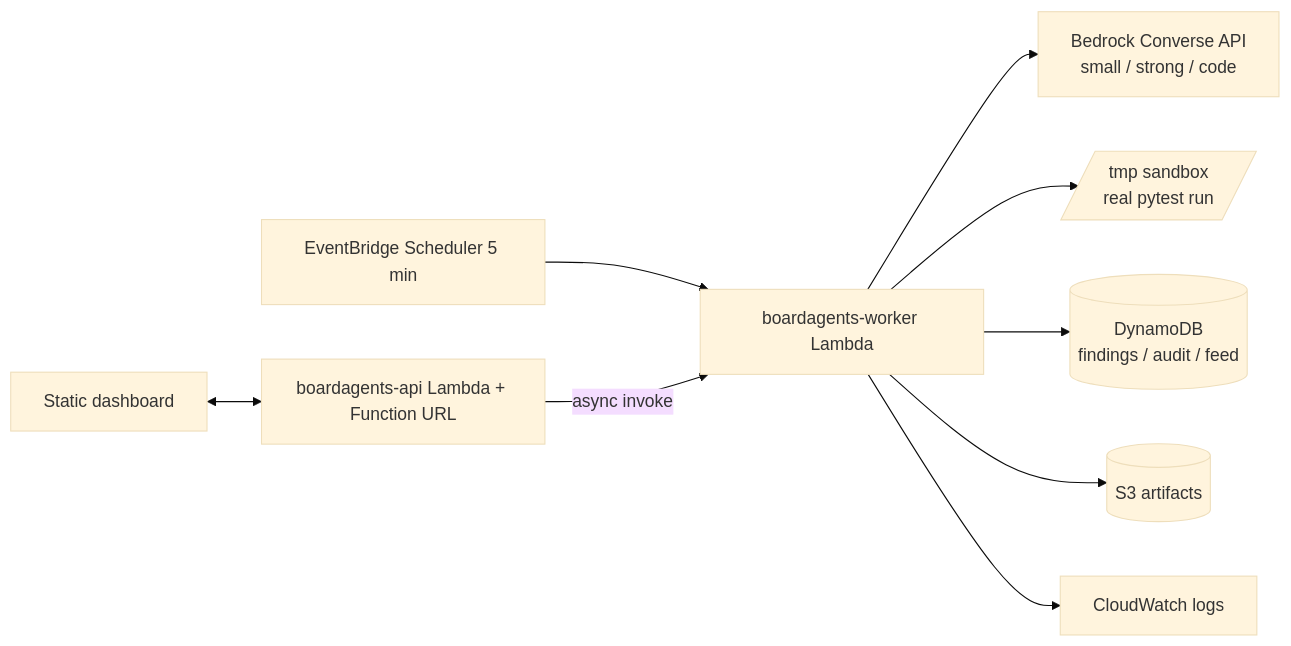
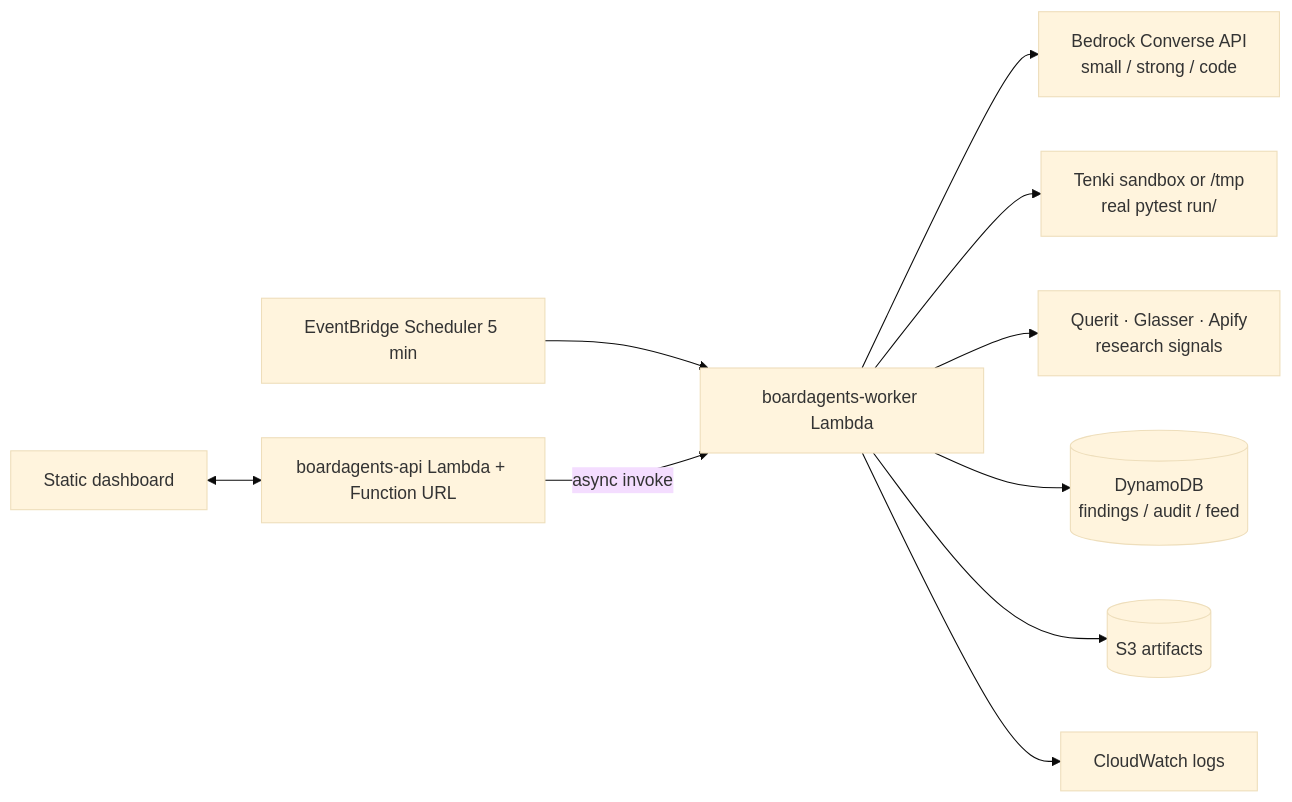
One commit to SairajMN/Myboard changed the diagram in README.md. Above: the diagram before and after it, drawn with Mermaid (base theme). The commit also changed other lines of this file, not shown here.

````diff
--- a/README.md
+++ b/README.md
@@ -37,11 +61,12 @@
 ```mermaid
 flowchart LR
     S[EventBridge Scheduler 5 min] --> W[boardagents-worker Lambda]
     D[Static dashboard] <--> A[boardagents-api Lambda + Function URL]
     A -- async invoke --> W
     W --> B[Bedrock Converse API<br/>small / strong / code]
-    W --> T[/tmp sandbox<br/>real pytest run/]
+    W --> T[Tenki sandbox or /tmp<br/>real pytest run/]
+    W --> R[Querit · Glasser · Apify<br/>research signals]
     W --> DB[(DynamoDB<br/>findings / audit / feed)]
     W --> S3[(S3 artifacts)]
     W --> L[CloudWatch logs]
 ```
````
